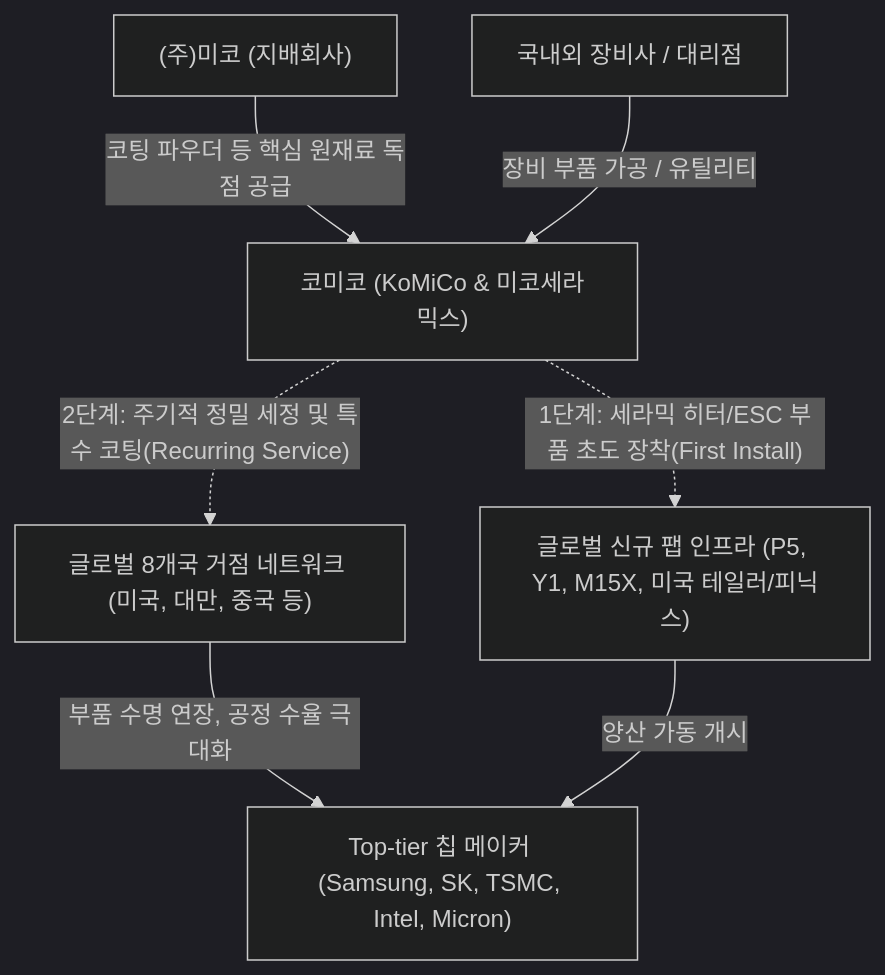
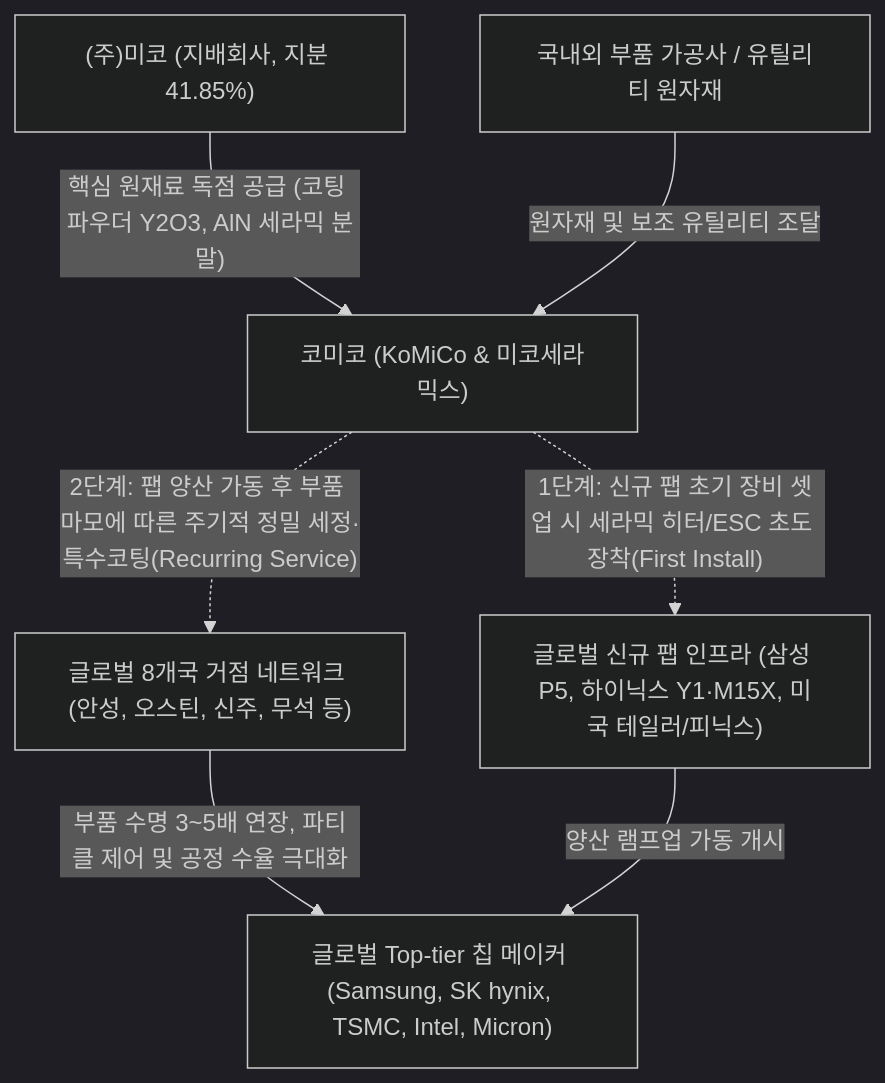
One commit to eve830521-cmd/my-skill changed the diagram in Stock_Research/코미코/3_Final_Reports/Phase1_Report.md. Above: the diagram before and after it, drawn with Mermaid (dark theme). The commit also changed other lines of this file and 84 other files, not shown here.

````diff
--- a/Stock_Research/코미코/3_Final_Reports/Phase1_Report.md
+++ b/Stock_Research/코미코/3_Final_Reports/Phase1_Report.md
@@ -21,9 +12,9 @@
 ```mermaid
 graph TD
-    A["(주)미코 (지배회사)"] -->|"코팅 파우더 등 핵심 원재료 독점 공급"| B["코미코 (KoMiCo & 미코세라믹스)"]
-    C["국내외 장비사 / 대리점"] -->|"장비 부품 가공 / 유틸리티"| B
-    B -. "1단계: 세라믹 히터/ESC 부품 초도 장착(First Install)" .-> D["글로벌 신규 팹 인프라 (P5, Y1, M15X, 미국 테일러/피닉스)"]
-    B -. "2단계: 주기적 정밀 세정 및 특수 코팅(Recurring Service)" .-> E["글로벌 8개국 거점 네트워크 (미국, 대만, 중국 등)"]
-    E -->|"부품 수명 연장, 공정 수율 극대화"| F["Top-tier 칩 메이커 (Samsung, SK, TSMC, Intel, Micron)"]
-    D -->|"양산 가동 개시"| F
+    A["(주)미코 (지배회사, 지분 41.85%)"] -->|"핵심 원재료 독점 공급 (코팅 파우더 Y2O3, AlN 세라믹 분말)"| B["코미코 (KoMiCo & 미코세라믹스)"]
+    C["국내외 부품 가공사 / 유틸리티 원자재"] -->|"원자재 및 보조 유틸리티 조달"| B
+    B -. "1단계: 신규 팹 초기 장비 셋업 시 세라믹 히터/ESC 초도 장착(First Install)" .-> D["글로벌 신규 팹 인프라 (삼성 P5, 하이닉스 Y1·M15X, 미국 테일러/피닉스)"]
+    B -. "2단계: 팹 양산 가동 후 부품 마모에 따른 주기적 정밀 세정·특수코팅(Recurring Service)" .-> E["글로벌 8개국 거점 네트워크 (안성, 오스틴, 신주, 무석 등)"]
+    E -->|"부품 수명 3~5배 연장, 파티클 제어 및 공정 수율 극대화"| F["글로벌 Top-tier 칩 메이커 (Samsung, SK hynix, TSMC, Intel, Micron)"]
+    D -->|"양산 램프업 가동 개시"| F
 ```
````
